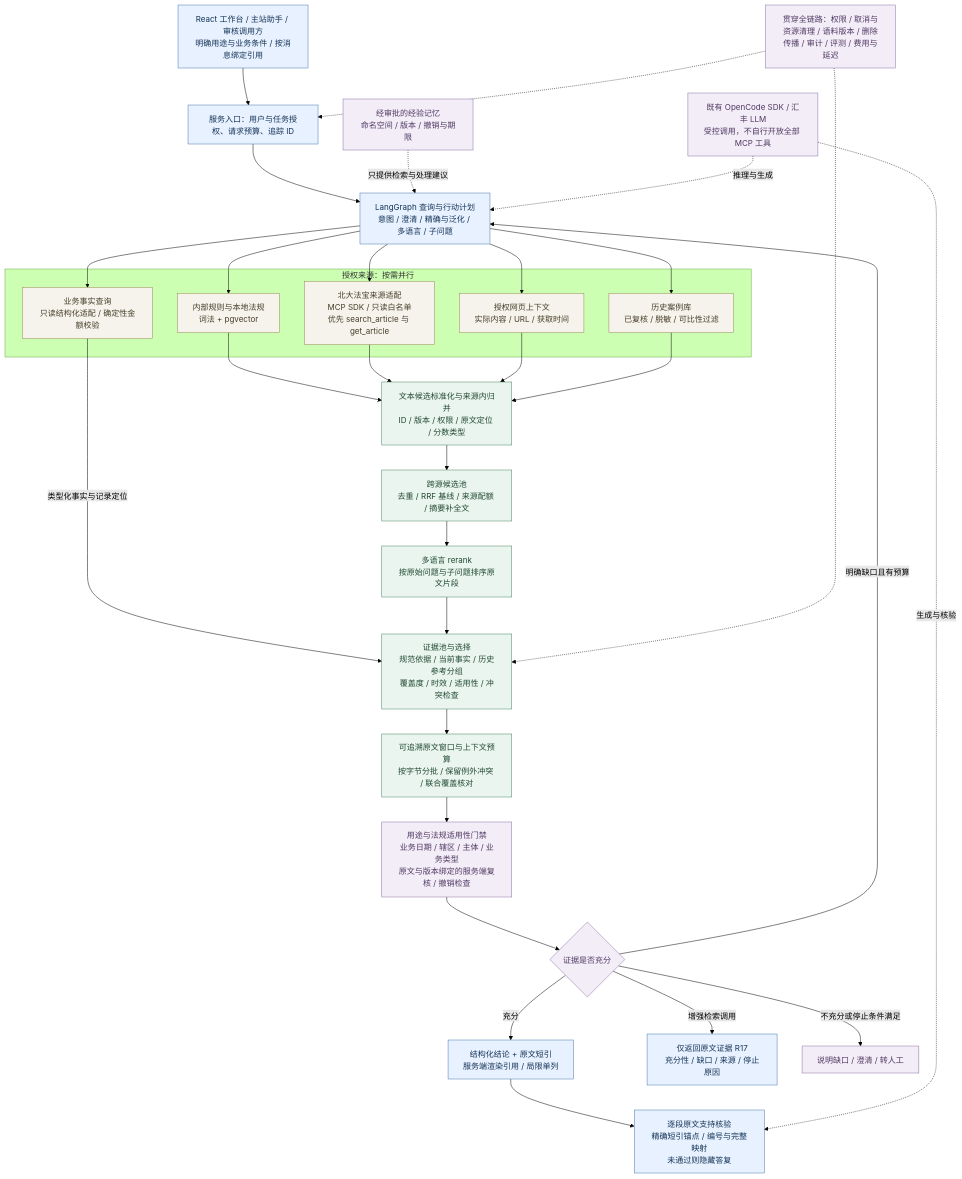
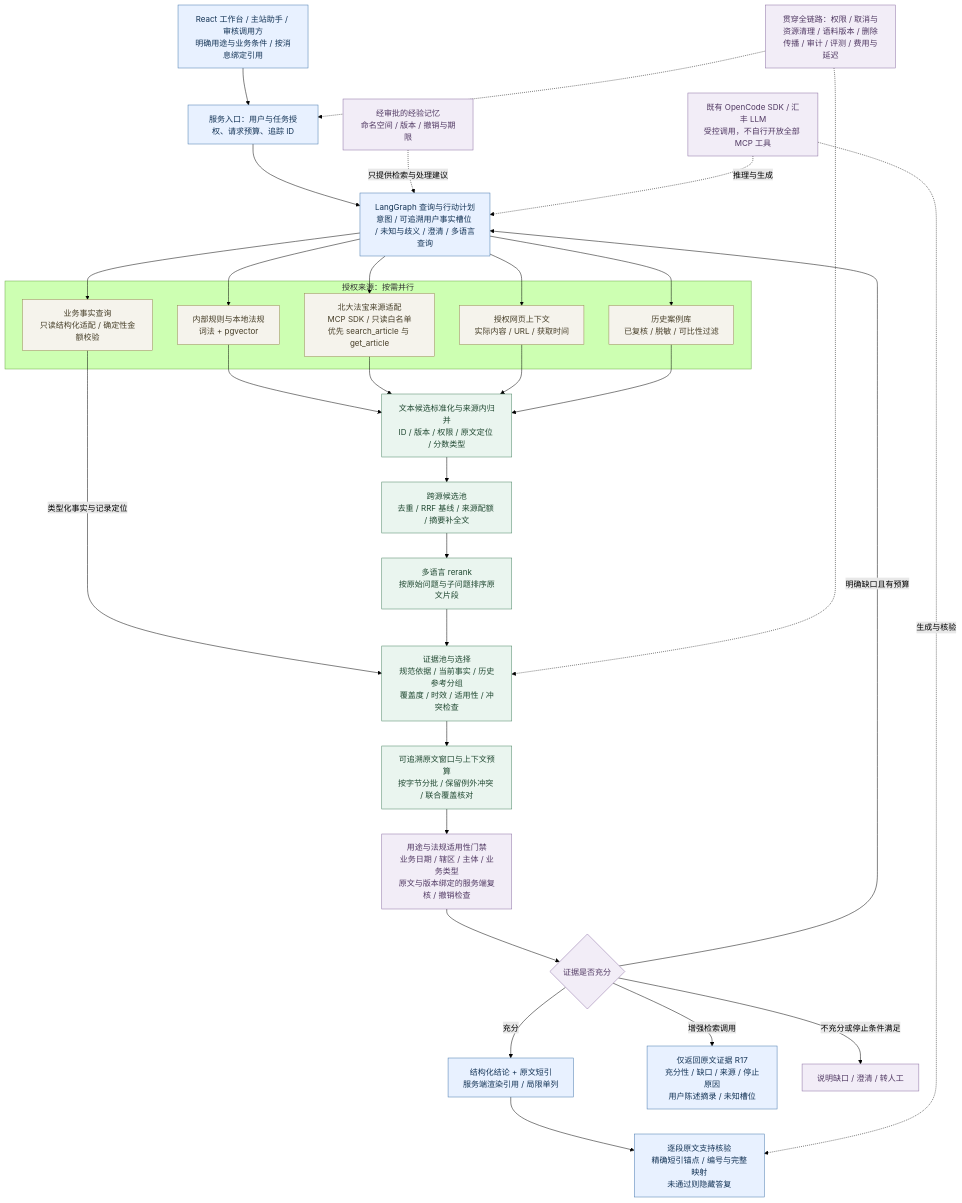
Before and after one commit to HBCN-AI-Campaign/HBCN-AI-Campaign-Team8: the fifth of 7 diagrams in docs/Agentic-RAG优化规划.md, drawn with Mermaid (forest theme). The commit also changed other lines of this file and 12 other files, not shown here.

````diff
--- a/docs/Agentic-RAG优化规划.md
+++ b/docs/Agentic-RAG优化规划.md
@@ -417,46 +417,46 @@
 ```mermaid
 flowchart TB
   UI["React 工作台 / 主站助手 / 审核调用方<br/>明确用途与业务条件 / 按消息绑定引用"] --> API["服务入口：用户与任务授权、请求预算、追踪 ID"]
-  API --> PLAN["LangGraph 查询与行动计划<br/>意图 / 澄清 / 精确与泛化 / 多语言 / 子问题"]
+  API --> PLAN["LangGraph 查询与行动计划<br/>意图 / 可追溯用户事实槽位 / 未知与歧义 / 澄清 / 多语言查询"]
   subgraph SOURCES["授权来源：按需并行"]
     KB["内部规则与本地法规<br/>词法 + pgvector"]
     LAW["北大法宝来源适配<br/>MCP SDK / 只读白名单<br/>优先 search_article 与 get_article"]
     WEB["授权网页上下文<br/>实际内容 / URL / 获取时间"]
     CASES["历史案例库<br/>已复核 / 脱敏 / 可比性过滤"]
     FACT["业务事实查询<br/>只读结构化适配 / 确定性金额校验"]
   end
   PLAN --> KB
   PLAN --> LAW
   PLAN --> WEB
   PLAN --> CASES
   PLAN --> FACT
   KB --> NORM
   LAW --> NORM
   WEB --> NORM
   CASES --> NORM
   FACT -->|"类型化事实与记录定位"| EVID
   NORM["文本候选标准化与来源内归并<br/>ID / 版本 / 权限 / 原文定位 / 分数类型"] --> POOL["跨源候选池<br/>去重 / RRF 基线 / 来源配额 / 摘要补全文"]
   POOL --> RANK["多语言 rerank<br/>按原始问题与子问题排序原文片段"]
   RANK --> EVID["证据池与选择<br/>规范依据 / 当前事实 / 历史参考分组<br/>覆盖度 / 时效 / 适用性 / 冲突检查"]
   EVID --> CONTEXT["可追溯原文窗口与上下文预算<br/>按字节分批 / 保留例外冲突 / 联合覆盖核对"]
   CONTEXT --> LEGAL["用途与法规适用性门禁<br/>业务日期 / 辖区 / 主体 / 业务类型<br/>原文与版本绑定的服务端复核 / 撤销检查"]
   LEGAL --> CHECK{"证据是否充分"}
   CHECK -->|"明确缺口且有预算"| PLAN
   CHECK -->|"充分"| DRAFT["结构化结论 + 原文短引<br/>服务端渲染引用 / 局限单列"]
   DRAFT --> ANSWER["逐段原文支持核验<br/>精确短引锚点 / 编号与完整映射<br/>未通过则隐藏答复"]
-  CHECK -->|"增强检索调用"| EOUT["仅返回原文证据 R17<br/>充分性 / 缺口 / 来源 / 停止原因"]
+  CHECK -->|"增强检索调用"| EOUT["仅返回原文证据 R17<br/>充分性 / 缺口 / 来源 / 停止原因<br/>用户陈述摘录 / 未知槽位"]
   CHECK -->|"不充分或停止条件满足"| STOP["说明缺口 / 澄清 / 转人工"]
   MEM["经审批的经验记忆<br/>命名空间 / 版本 / 撤销与期限"] -. "只提供检索与处理建议" .-> PLAN
   RT["既有 OpenCode SDK / 汇丰 LLM<br/>受控调用，不自行开放全部 MCP 工具"] -. "推理与生成" .-> PLAN
   RT -. "生成与核验" .-> ANSWER
   GOV["贯穿全链路：权限 / 取消与资源清理 / 语料版本 / 删除传播 / 审计 / 评测 / 费用与延迟"] -.-> API
   GOV -.-> EVID
   classDef primary fill:#e8f1ff,stroke:#4779ae,color:#143456
   classDef evidence fill:#eaf5ef,stroke:#4b8564,color:#214932
   classDef source fill:#f5f3ec,stroke:#9a8859,color:#473f29
   classDef control fill:#f2edf7,stroke:#8c70a4,color:#513963
   class UI,API,PLAN,DRAFT,ANSWER,EOUT primary
   class NORM,POOL,RANK,EVID,CONTEXT evidence
   class KB,LAW,WEB,CASES,FACT source
   class MEM,RT,GOV,LEGAL,CHECK,STOP control
 ```
````
